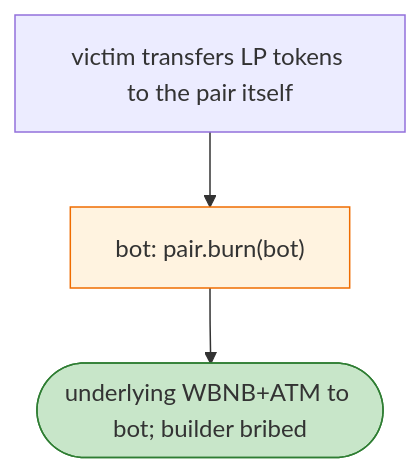
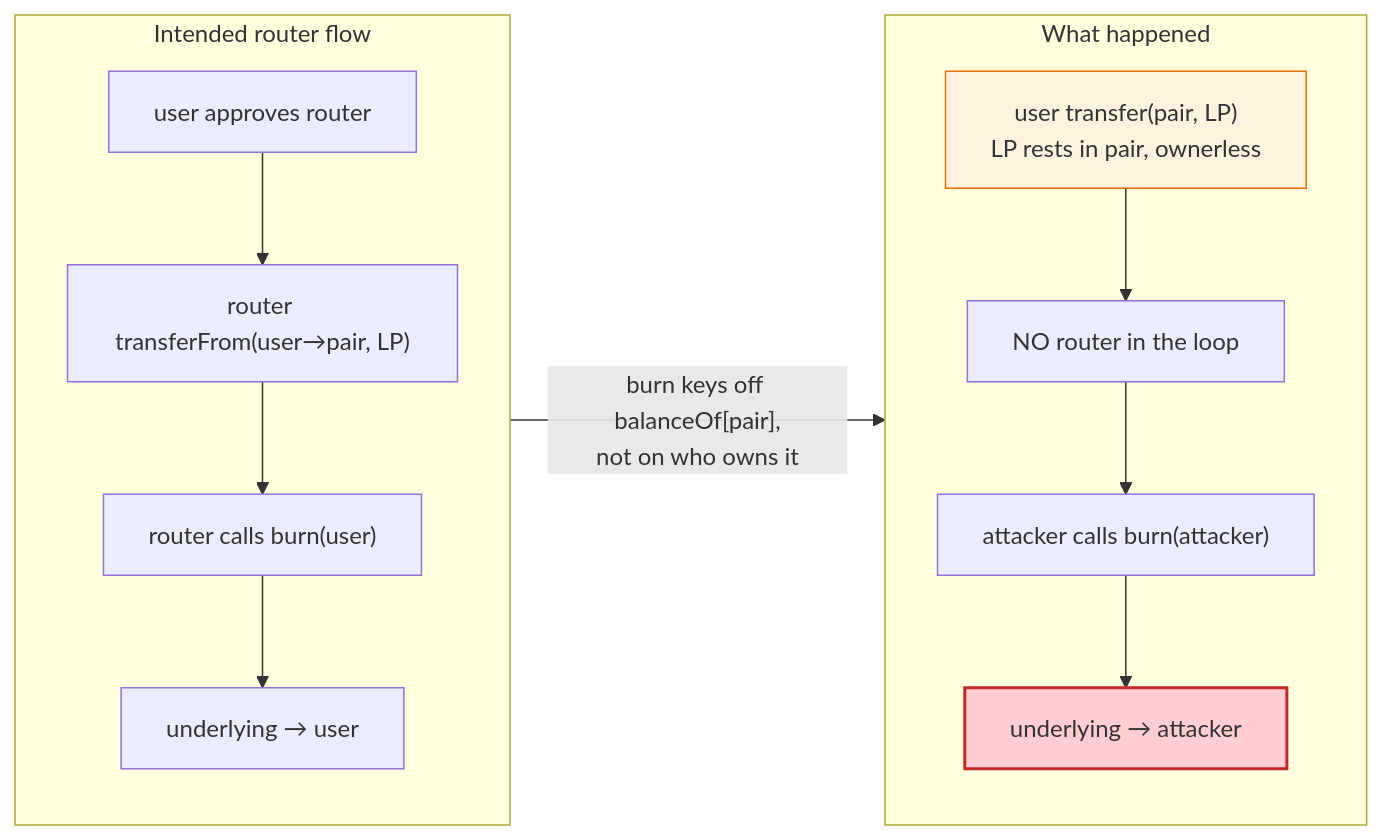
The fourth of 4 diagrams in 2026-06-ATM_LP_Burn_exp/ATM_LP_Burn_exp.md (sanbir/evm-hack-registry), drawn with Mermaid before and after one commit. The commit also changed other lines of this file and 32 other files, not shown here.

````diff
--- a/2026-06-ATM_LP_Burn_exp/ATM_LP_Burn_exp.md
+++ b/2026-06-ATM_LP_Burn_exp/ATM_LP_Burn_exp.md
@@ -40,8 +347,13 @@
 ```mermaid
-flowchart TD
-    LP["victim transfers LP tokens to the pair itself"] --> B["bot: pair.burn(bot)"]
-    B --> OUT(["underlying WBNB+ATM to bot; builder bribed"])
+flowchart LR
+    subgraph Intended["Intended router flow"]
+        I1["user approves router"] --> I2["router transferFrom(user→pair, LP)"] --> I3["router calls burn(user)"] --> I4["underlying → user"]
+    end
+    subgraph Actual["What happened"]
+        A1["user transfer(pair, LP)<br/>LP rests in pair, ownerless"] --> A2["NO router in the loop"] --> A3["attacker calls burn(attacker)"] --> A4["underlying → attacker"]
+    end
+    Intended -->|"burn keys off balanceOf[pair],<br/>not on who owns it"| Actual
 
-    style B fill:#fff3e0,stroke:#ef6c00
-    style OUT fill:#c8e6c9,stroke:#2e7d32
+    style A1 fill:#fff3e0,stroke:#ef6c00
+    style A4 fill:#ffcdd2,stroke:#c62828,stroke-width:2px
 ```
````
